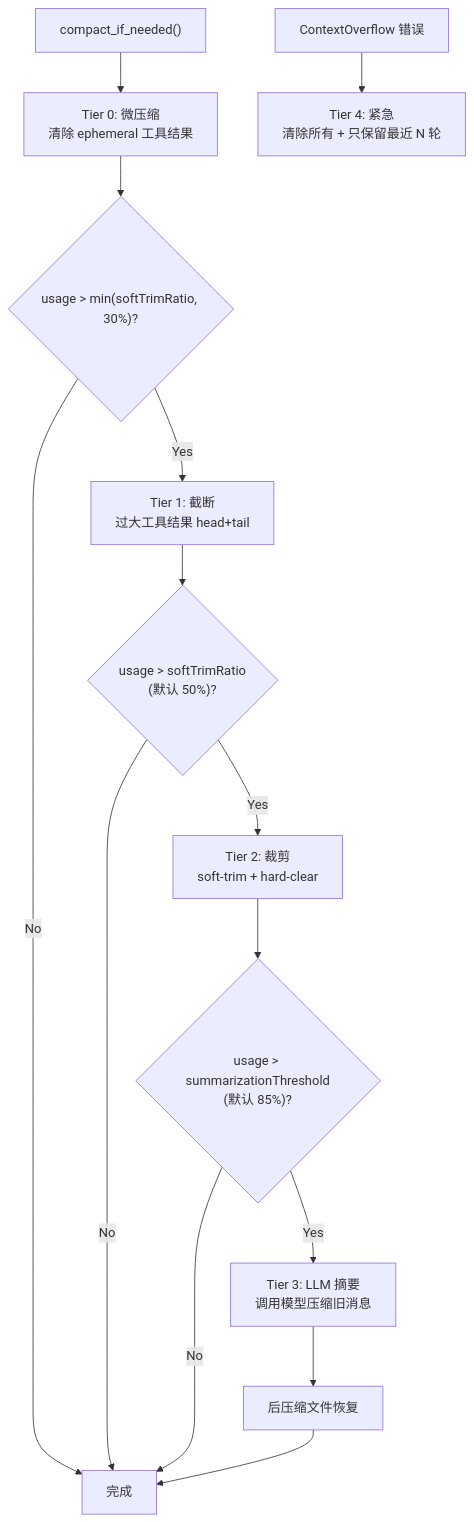
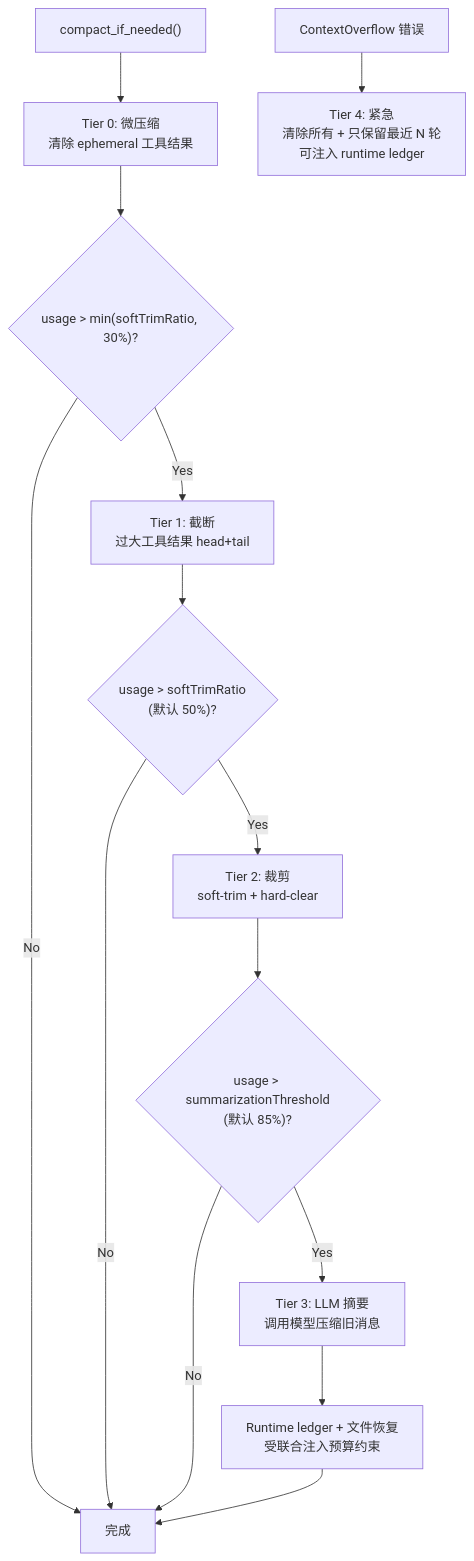
One commit to zhukai9527/hope-agent changed the first of 3 diagrams in docs/architecture/context-compact.md. Above: the diagram before and after it, drawn with Mermaid. The commit also changed other lines of this file and 11 other files, not shown here.

Commit message:
docs: refresh context compaction architecture

````diff
--- a/docs/architecture/context-compact.md
+++ b/docs/architecture/context-compact.md
@@ -10,16 +16,16 @@
 ```mermaid
 flowchart TD
     A["compact_if_needed()"] --> B["Tier 0: 微压缩<br/>清除 ephemeral 工具结果"]
     B --> C{"usage > min(softTrimRatio, 30%)?"}
     C -- No --> Done["完成"]
     C -- Yes --> D["Tier 1: 截断<br/>过大工具结果 head+tail"]
     D --> E{"usage > softTrimRatio<br/>(默认 50%)?"}
     E -- No --> Done
     E -- Yes --> F["Tier 2: 裁剪<br/>soft-trim + hard-clear"]
     F --> G{"usage > summarizationThreshold<br/>(默认 85%)?"}
     G -- No --> Done
     G -- Yes --> H["Tier 3: LLM 摘要<br/>调用模型压缩旧消息"]
-    H --> I["后压缩文件恢复"]
+    H --> I["Runtime ledger + 文件恢复<br/>受联合注入预算约束"]
     I --> Done
-    J["ContextOverflow 错误"] --> K["Tier 4: 紧急<br/>清除所有 + 只保留最近 N 轮"]
+    J["ContextOverflow 错误"] --> K["Tier 4: 紧急<br/>清除所有 + 只保留最近 N 轮<br/>可注入 runtime ledger"]
 ```
````
